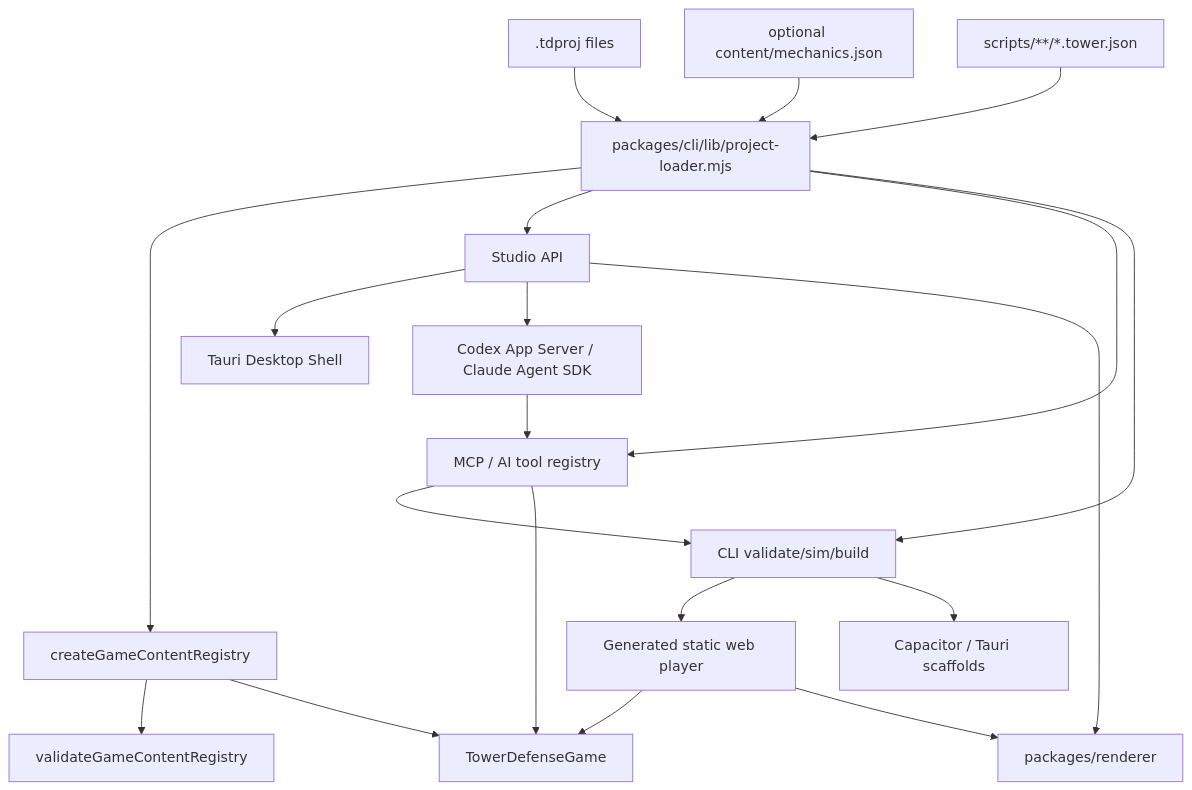
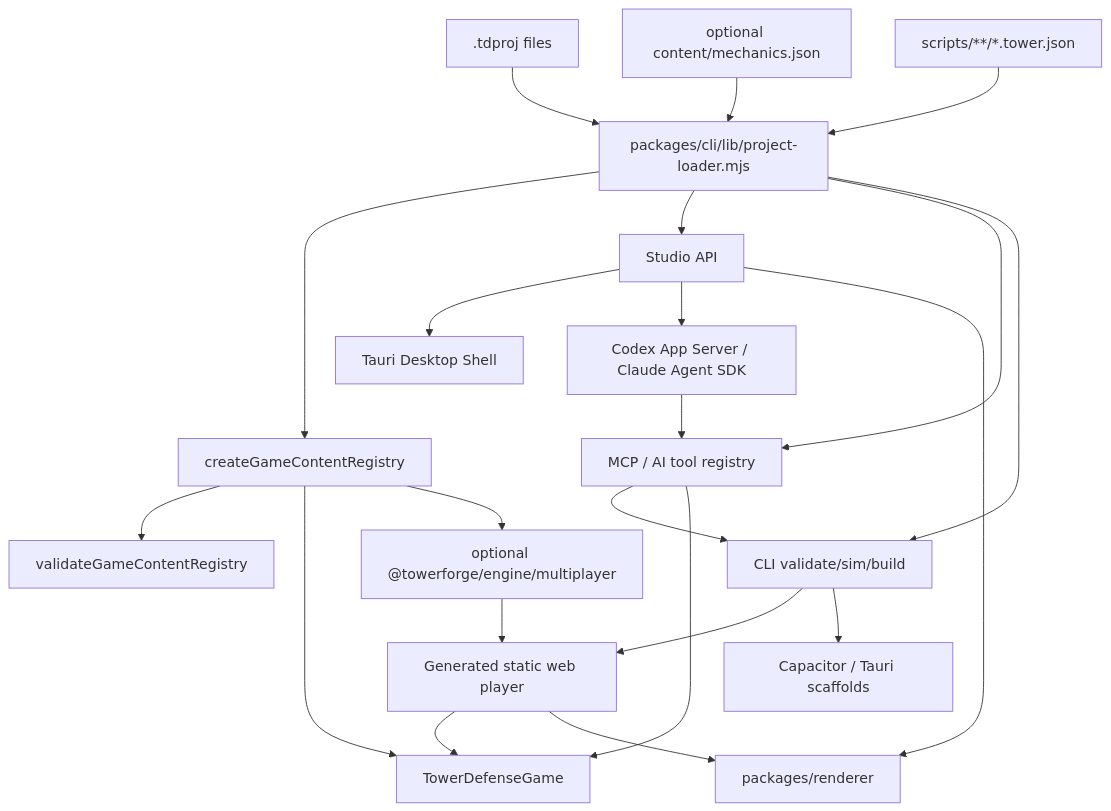
Before and after one commit to Lindforge-Studios/TowerForge: the diagram in ARCHITECTURE.md, drawn with Mermaid. The commit also changed other lines of this file and 77 other files, not shown here.

````diff
--- a/ARCHITECTURE.md
+++ b/ARCHITECTURE.md
@@ -46,22 +47,24 @@
 ```mermaid
 flowchart TD
   Project[".tdproj files"] --> Loader["packages/cli/lib/project-loader.mjs"]
   Mechanics["optional content/mechanics.json"] --> Loader
   Scripts["scripts/**/*.tower.json"] --> Loader
   Loader --> Registry["createGameContentRegistry"]
   Registry --> Validate["validateGameContentRegistry"]
   Registry --> Sim["TowerDefenseGame"]
+  Registry --> Match["optional @towerforge/engine/multiplayer"]
   Loader --> Studio["Studio API"]
   Studio --> Desktop["Tauri Desktop Shell"]
   Loader --> MCP["MCP / AI tool registry"]
   Studio --> Runtime["Codex App Server / Claude Agent SDK"]
   Runtime --> MCP
   Loader --> CLI["CLI validate/sim/build"]
   CLI --> Player["Generated static web player"]
+  Match --> Player
   CLI --> Package["Capacitor / Tauri scaffolds"]
   MCP --> CLI
   MCP --> Sim
   Player --> Sim
   Player --> Renderer["packages/renderer"]
   Studio --> Renderer
 ```
````
